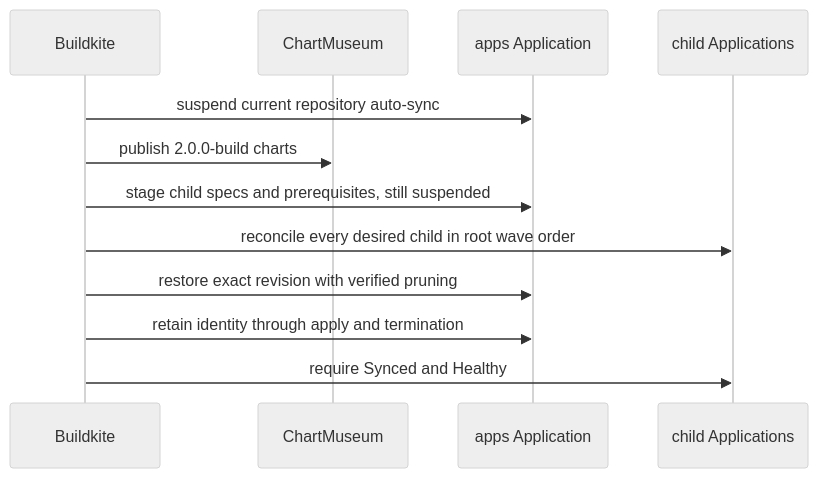
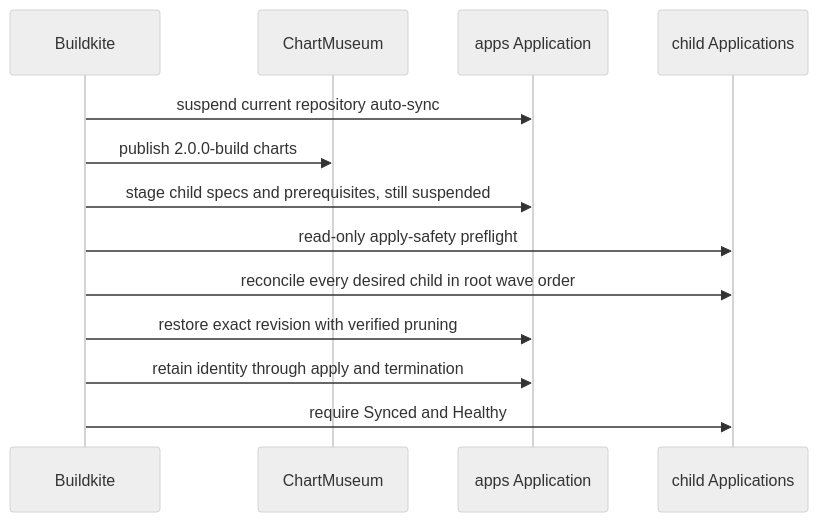
The diagram in packages/docs/wiki/src/content/docs/explanation/homelab/release-safety.md (shepherdjerred/monorepo), drawn with Mermaid (neutral theme) before and after one commit. The commit also changed other lines of this file and 60 other files, not shown here.

First line of the commit message:
refactor(ci): make Argo release safety structural

````diff
--- a/packages/docs/wiki/src/content/docs/explanation/homelab/release-safety.md
+++ b/packages/docs/wiki/src/content/docs/explanation/homelab/release-safety.md
@@ -12,17 +12,18 @@
 ```mermaid
 sequenceDiagram
   accTitle: Homelab release sequence
-  accDescr: Buildkite suspends floating auto-sync, publishes an immutable chart set, stages exact child specifications and root prerequisites while children remain suspended, reconciles child workloads, restores the exact root tree with safe pruning, and checks scoped health.
+  accDescr: One Buildkite release command suspends floating auto-sync, publishes an immutable chart set, stages exact child specifications and root prerequisites while children remain suspended, preflights and reconciles child workloads, restores the exact root tree with safe pruning, and checks scoped health.
   participant BK as Buildkite
   participant CM as ChartMuseum
   participant Root as apps Application
   participant Child as child Applications
 
   BK->>Root: suspend current repository auto-sync
   BK->>CM: publish 2.0.0-build charts
   BK->>Root: stage child specs and prerequisites, still suspended
+  BK->>Child: read-only apply-safety preflight
   BK->>Child: reconcile every desired child in root wave order
   BK->>Root: restore exact revision with verified pruning
   BK->>Root: retain identity through apply and termination
   BK->>Child: require Synced and Healthy
 ```
````
